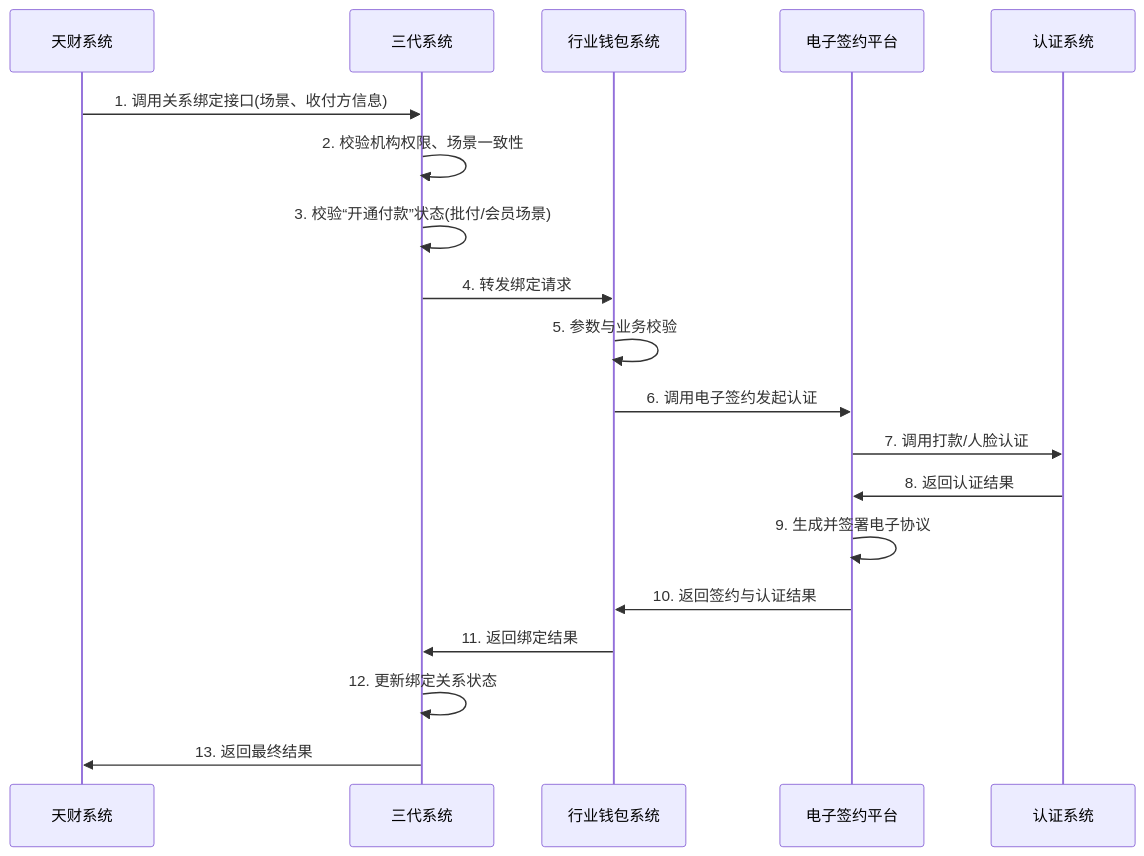
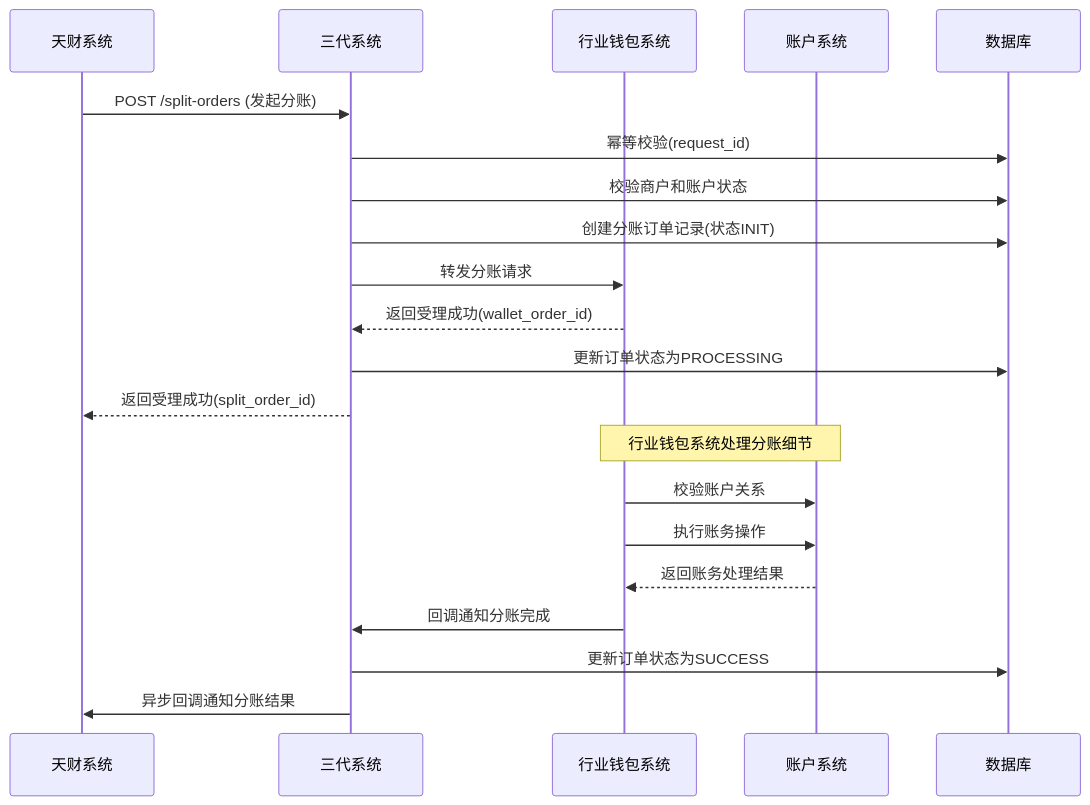
The second of 2 diagrams in data/天财分账需求/gpt-5.2/workspace/02_modules/module_三代系统.md (youzi211/AiCoding), drawn with Mermaid before and after one commit. The commit also changed other lines of this file and 29 other files, not shown here.

````diff
--- a/data/天财分账需求/gpt-5.2/workspace/02_modules/module_三代系统.md
+++ b/data/天财分账需求/gpt-5.2/workspace/02_modules/module_三代系统.md
@@ -451,22 +334,26 @@
 ```mermaid
 sequenceDiagram
     participant T as 天财系统
     participant G3 as 三代系统
     participant W as 行业钱包系统
-    participant E as 电子签约平台
-    participant Auth as 认证系统
+    participant A as 账户系统
+    participant DB as 数据库
+
+    T->>G3: POST /split-orders (发起分账)
+    G3->>DB: 幂等校验(request_id)
+    G3->>DB: 校验商户和账户状态
+    G3->>DB: 创建分账订单记录(状态INIT)
+    G3->>W: 转发分账请求
+    W-->>G3: 返回受理成功(wallet_order_id)
+    G3->>DB: 更新订单状态为PROCESSING
+    G3-->>T: 返回受理成功(split_order_id)
     
-    T->>G3: 1. 调用关系绑定接口(场景、收付方信息)
-    G3->>G3: 2. 校验机构权限、场景一致性
-    G3->>G3: 3. 校验“开通付款”状态(批付/会员场景)
-    G3->>W: 4. 转发绑定请求
-    W->>W: 5. 参数与业务校验
-    W->>E: 6. 调用电子签约发起认证
-    E->>Auth: 7. 调用打款/人脸认证
-    Auth->>E: 8. 返回认证结果
-    E->>E: 9. 生成并签署电子协议
-    E->>W: 10. 返回签约与认证结果
-    W->>G3: 11. 返回绑定结果
-    G3->>G3: 12. 更新绑定关系状态
-    G3->>T: 13. 返回最终结果
+    Note over W,A: 行业钱包系统处理分账细节
+    W->>A: 校验账户关系
+    W->>A: 执行账务操作
+    A-->>W: 返回账务处理结果
+    W->>G3: 回调通知分账完成
+    
+    G3->>DB: 更新订单状态为SUCCESS
+    G3->>T: 异步回调通知分账结果
 ```
````
